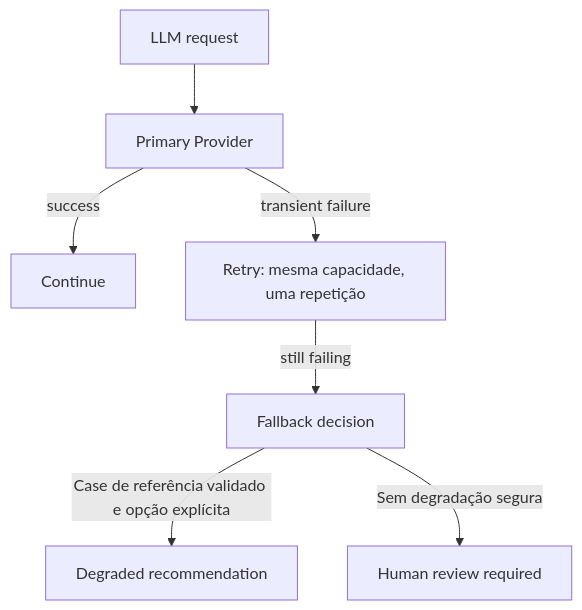
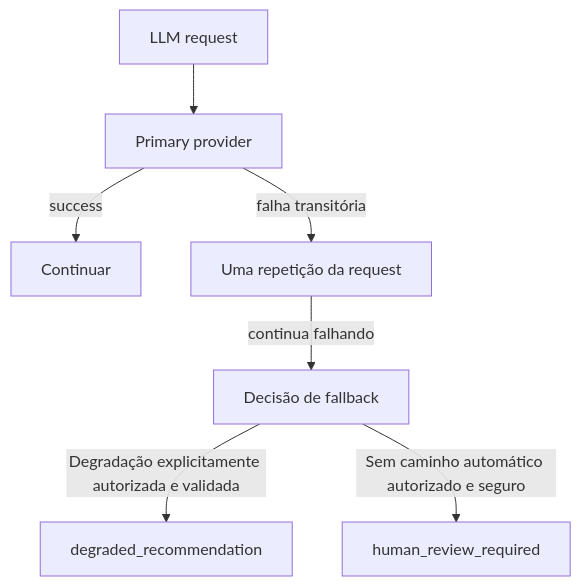
One commit to leandrol3/agentic-operations-control-tower changed the diagram in docs/course/lesson-02-runbook.md. Above: the diagram before and after it, drawn with Mermaid. The commit also changed other lines of this file, not shown here.

````diff
--- a/docs/course/lesson-02-runbook.md
+++ b/docs/course/lesson-02-runbook.md
@@ -253,9 +585,9 @@
 ```mermaid
 flowchart TD
-  R[LLM request] --> P[Primary Provider]
-  P -->|success| C[Continue]
-  P -->|transient failure| T[Retry: mesma capacidade, uma repetição]
-  T -->|still failing| F[Fallback decision]
-  F -->|Case de referência validado e opção explícita| D[Degraded recommendation]
-  F -->|Sem degradação segura| H[Human review required]
+  R[LLM request] --> P[Primary provider]
+  P -->|success| C[Continuar]
+  P -->|falha transitória| T[Uma repetição da request]
+  T -->|continua falhando| F[Decisão de fallback]
+  F -->|Degradação explicitamente autorizada e validada| D[degraded_recommendation]
+  F -->|Sem caminho automático autorizado e seguro| H[human_review_required]
 ```
````
